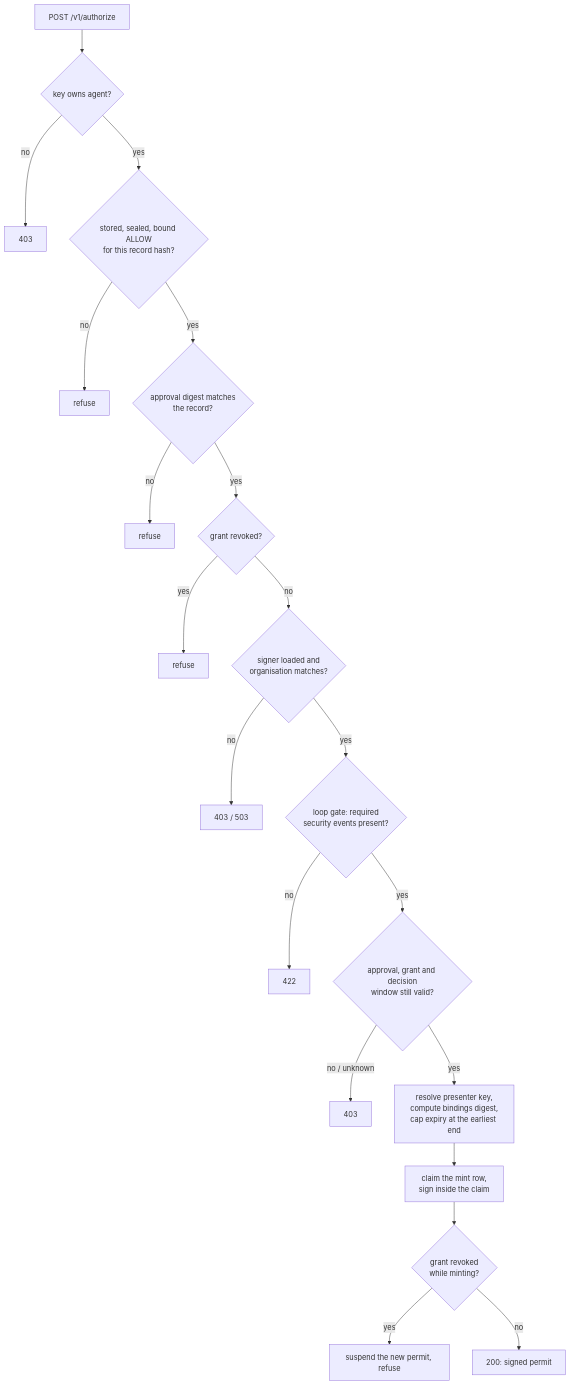
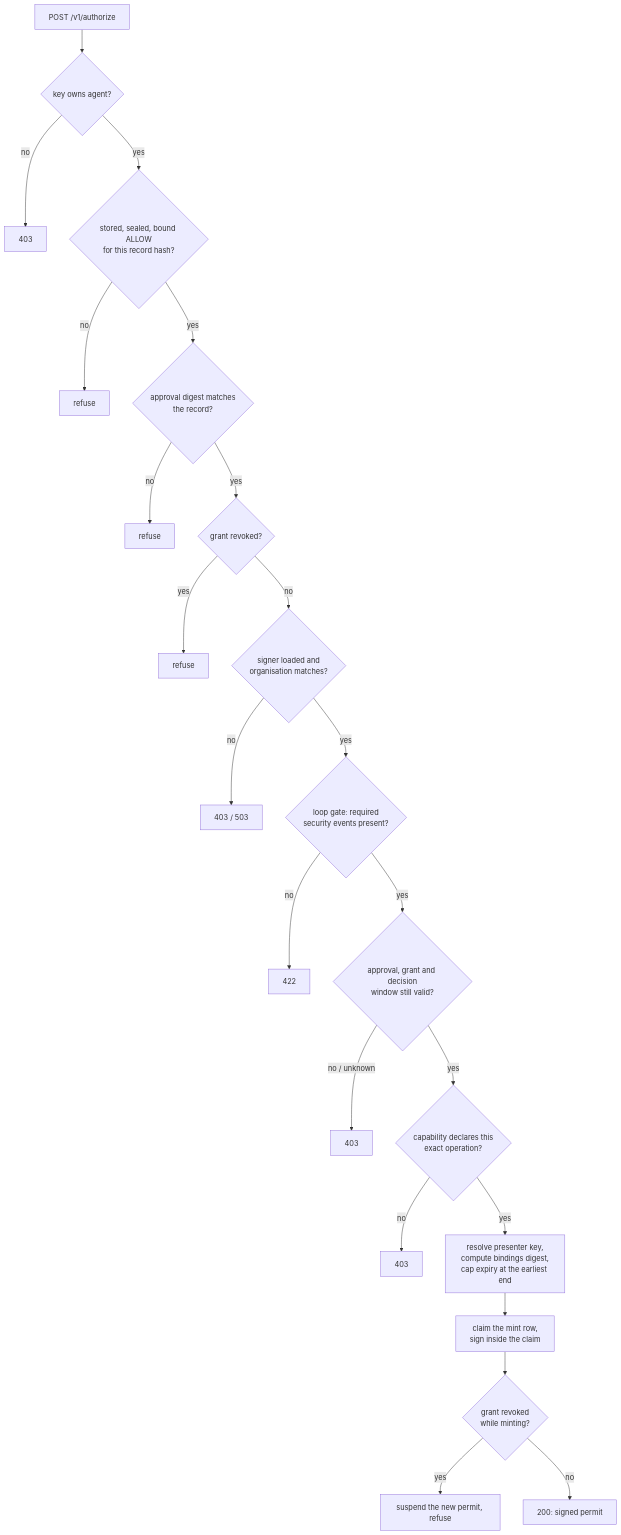
Before and after one commit to LOLA0786/privatevault-agent-dna: the third of 8 diagrams in docs/architecture/FLOWS.md, drawn with Mermaid. The commit also changed other lines of this file and 25 other files, not shown here.

````diff
--- a/docs/architecture/FLOWS.md
+++ b/docs/architecture/FLOWS.md
@@ -139,22 +142,24 @@
 ```mermaid
 flowchart TD
   A[POST /v1/authorize] --> B{key owns agent?}
   B -- no --> X1[403]
   B -- yes --> C{stored, sealed, bound ALLOW<br/>for this record hash?}
   C -- no --> X2[refuse]
   C -- yes --> D{approval digest matches<br/>the record?}
   D -- no --> X3[refuse]
   D -- yes --> E{grant revoked?}
   E -- yes --> X4[refuse]
   E -- no --> F{signer loaded and<br/>organisation matches?}
   F -- no --> X5[403 / 503]
   F -- yes --> G{loop gate: required<br/>security events present?}
   G -- no --> X6[422]
   G -- yes --> T{approval, grant and decision<br/>window still valid?}
   T -- no / unknown --> X7[403]
-  T -- yes --> H[resolve presenter key,<br/>compute bindings digest,<br/>cap expiry at the earliest end]
+  T -- yes --> O{capability declares this<br/>exact operation?}
+  O -- no --> X8[403]
+  O -- yes --> H[resolve presenter key,<br/>compute bindings digest,<br/>cap expiry at the earliest end]
   H --> I[claim the mint row,<br/>sign inside the claim]
   I --> J{grant revoked<br/>while minting?}
   J -- yes --> K[suspend the new permit, refuse]
   J -- no --> L[200: signed permit]
 ```
````
